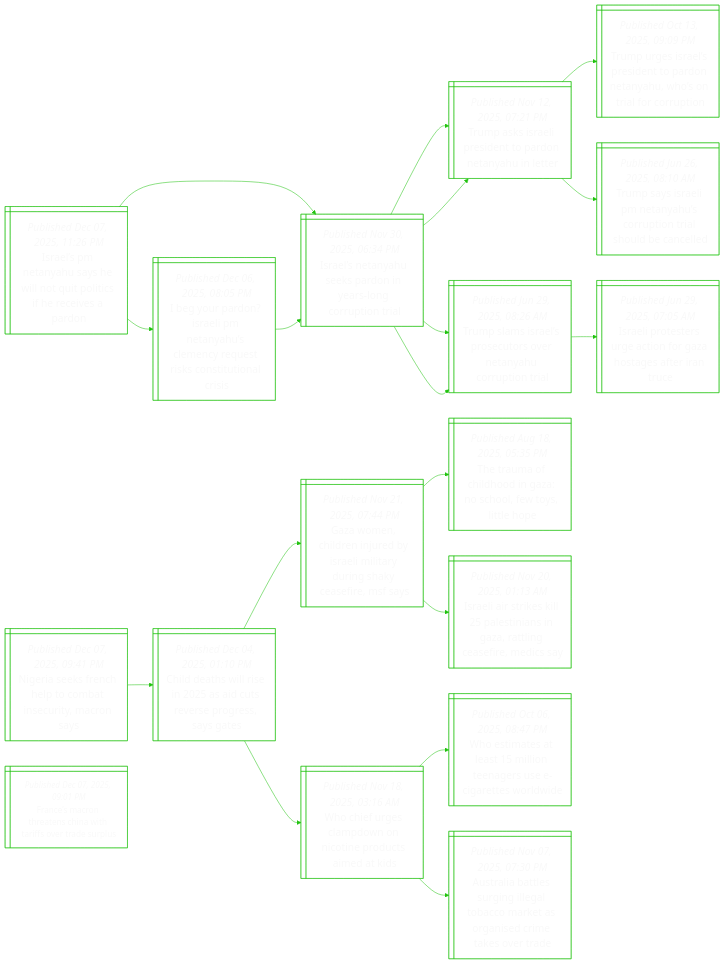
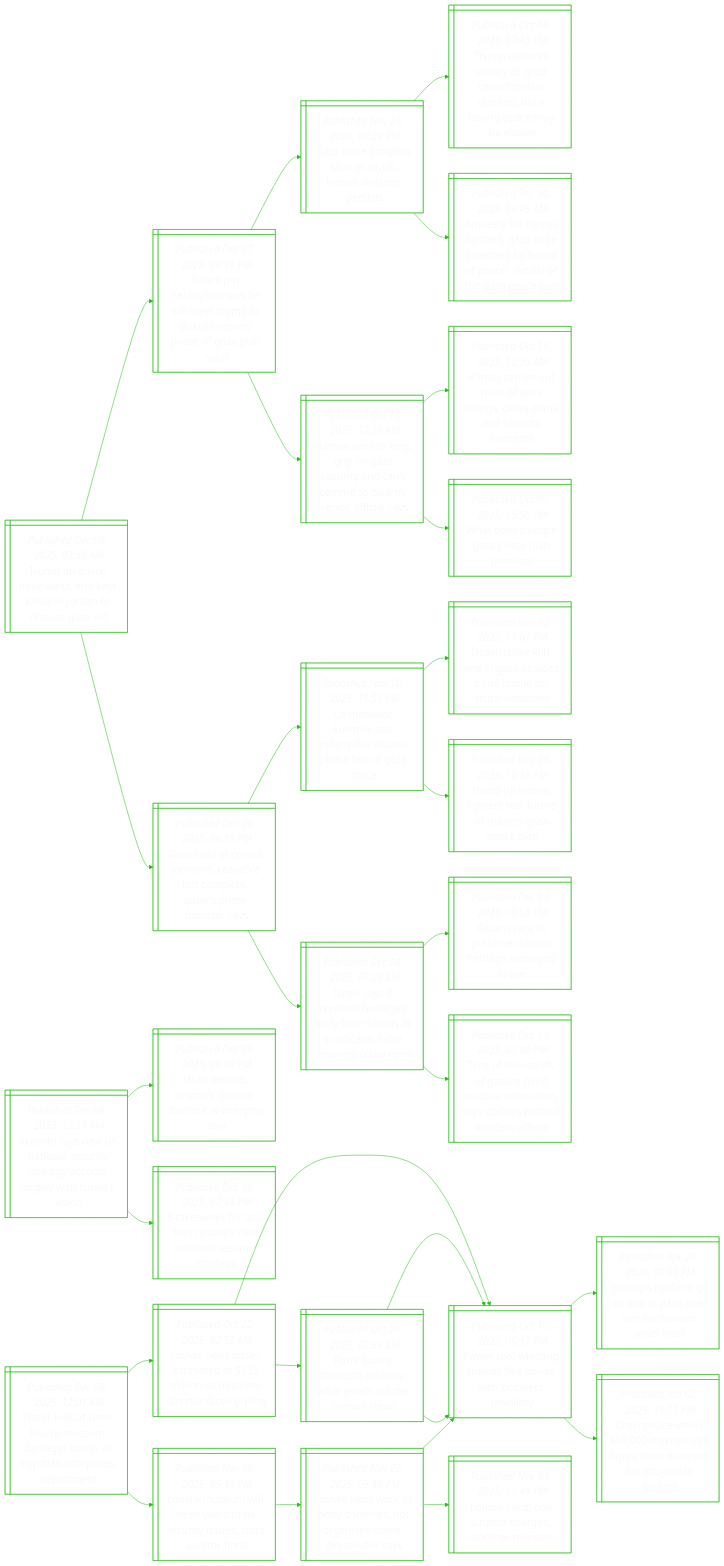
Before and after one commit to notJmes/notJmes: the diagram in README.md, drawn with Mermaid. The commit also changed other lines of this file, not shown here.

````diff
--- a/README.md
+++ b/README.md
@@ -16,67 +16,97 @@
 flowchart LR
 classDef txtsize font-size:20px;
 
-Ileayitpiheao@{ shape: win-pane, label: "_Published Dec 07, 2025, 11:26 PM_
-Israel’s pm netanyahu says he will not quit politics if he receives a pardon" }
-Ilausoeorii@{ shape: win-pane, label: "_Published Nov 30, 2025, 06:34 PM_
-Israel’s netanyahu seeks pardon in years-long corruption trial" }
-Tasiitdthe@{ shape: win-pane, label: "_Published Nov 12, 2025, 07:21 PM_
-Trump asks israeli president to pardon netanyahu in letter" }
-TuIlstreaororo@{ shape: win-pane, label: "_Published Oct 13, 2025, 09:09 PM_
-Trump urges israel’s president to pardon netanyahu, who’s on trial for corruption" }
-Tssithriioee@{ shape: win-pane, label: "_Published Jun 26, 2025, 08:10 AM_
-Trump says israeli pm netanyahu’s corruption trial should be cancelled" }
-TsIlsoeauunl@{ shape: win-pane, label: "_Published Jun 29, 2025, 08:26 AM_
-Trump slams israel’s prosecutors over netanyahu corruption trial" }
-IltreoGoeene@{ shape: win-pane, label: "_Published Jun 29, 2025, 07:05 AM_
-Israeli protesters urge action for gaza hostages after iran truce" }
-Iorsitheyesnuas@{ shape: win-pane, label: "_Published Dec 06, 2025, 08:05 PM_
-I beg your pardon? israeli pm netanyahu’s clemency request risks constitutional crisis" }
-Ilausoeorii@{ shape: win-pane, label: "_Published Nov 30, 2025, 06:34 PM_
-Israel’s netanyahu seeks pardon in years-long corruption trial" }
-Tasiitdthe@{ shape: win-pane, label: "_Published Nov 12, 2025, 07:21 PM_
-Trump asks israeli president to pardon netanyahu in letter" }
-TsIlsoeauunl@{ shape: win-pane, label: "_Published Jun 29, 2025, 08:26 AM_
-Trump slams israel’s prosecutors over netanyahu corruption trial" }
+TUoezalnaisa@{ shape: win-pane, label: "_Published Dec 08, 2025, 03:38 AM_
+Trump un envoy mike waltz, eu’s kaja kallas in jordan to discuss gaza aid" }
+Ileayiemisnsaan@{ shape: win-pane, label: "_Published Dec 07, 2025, 08:31 PM_
+Israeli pm netanyahu says he will meet trump to discuss second phase of gaza plan soon" }
+GrrswrHvnrs@{ shape: win-pane, label: "_Published Nov 24, 2025, 08:22 PM_
+Gaza truce progress slow as israeli-hamas violence persists" }
+Tdrcaaededlncbs@{ shape: win-pane, label: "_Published Oct 14, 2025, 07:45 PM_
+Trump declares victory as gaza ceasefire deal reached, but a lasting peace may be elusive" }
+AtHfezerydatoGel@{ shape: win-pane, label: "_Published Sep 30, 2025, 06:45 AM_
+Amnesty for hamas fighters, gaza to be governed by ‘board of peace’: details of the gaza peace plan" }
+Haognsidctseoiy@{ shape: win-pane, label: "_Published Oct 18, 2025, 12:36 AM_
+Hamas aims to keep grip on gaza security and can't commit to disarm, senior official says" }
+Hcewfkntrnucr@{ shape: win-pane, label: "_Published Oct 14, 2025, 12:30 AM_
+Hamas carries out wave of gaza killings, citing crime and security concerns" }
+Wouaaam@{ shape: win-pane, label: "_Published Oct 09, 2025, 05:50 PM_
+What does trump’s gaza peace plan promise?" }
+GatiocfopQsesa@{ shape: win-pane, label: "_Published Dec 06, 2025, 06:16 PM_
+Gaza talks at critical moment, ceasefire not complete, qatar’s prime minister says" }
+UiKeNyiseft@{ shape: win-pane, label: "_Published Nov 10, 2025, 11:55 PM_
+Us mediator kushner and netanyahu discuss phase two of gaza truce" }
+Ililezirlocln@{ shape: win-pane, label: "_Published Nov 02, 2025, 11:01 PM_
+Israeli strike kills one in gaza as sides trade blame for truce violations" }
+Huahtuomzcn@{ shape: win-pane, label: "_Published Nov 09, 2025, 10:16 PM_
+Holed-up hamas fighters test future of trump’s gaza peace plan" }
+Iliehgdmsiaarnln@{ shape: win-pane, label: "_Published Dec 04, 2025, 07:20 AM_
+Israel says it received hostage’s body from hamas as it indicates rafah crossing could open" }
+Gstscrregw@{ shape: win-pane, label: "_Published Dec 03, 2025, 10:55 PM_
+Gazans race to preserve cultural heritage damaged in war" }
+TfsoaeivtacWudfa@{ shape: win-pane, label: "_Published Dec 03, 2025, 03:40 PM_
+Tens of thousands of gazans need medical evacuation, says doctors without borders official" }
 
-Ileayitpiheao:::txtsize --> Ilausoeorii:::txtsize
-Ilausoeorii:::txtsize --> Tasiitdthe:::txtsize
-Tasiitdthe:::txtsize --> TuIlstreaororo:::txtsize
-Tasiitdthe:::txtsize --> Tssithriioee:::txtsize
-Ilausoeorii:::txtsize --> TsIlsoeauunl:::txtsize
-TsIlsoeauunl:::txtsize --> IltreoGoeene:::txtsize
-Ileayitpiheao:::txtsize --> Iorsitheyesnuas:::txtsize
-Iorsitheyesnuas:::txtsize --> Ilausoeorii:::txtsize
-Ilausoeorii:::txtsize --> Tasiitdthe:::txtsize
-Ilausoeorii:::txtsize --> TsIlsoeauunl:::txtsize
+TUoezalnaisa:::txtsize --> Ileayiemisnsaan:::txtsize
+Ileayiemisnsaan:::txtsize --> GrrswrHvnrs:::txtsize
+GrrswrHvnrs:::txtsize --> Tdrcaaededlncbs:::txtsize
+GrrswrHvnrs:::txtsize --> AtHfezerydatoGel:::txtsize
+Ileayiemisnsaan:::txtsize --> Haognsidctseoiy:::txtsize
+Haognsidctseoiy:::txtsize --> Hcewfkntrnucr:::txtsize
+Haognsidctseoiy:::txtsize --> Wouaaam:::txtsize
+TUoezalnaisa:::txtsize --> GatiocfopQsesa:::txtsize
+GatiocfopQsesa:::txtsize --> UiKeNyiseft:::txtsize
+UiKeNyiseft:::txtsize --> Ililezirlocln:::txtsize
+UiKeNyiseft:::txtsize --> Huahtuomzcn:::txtsize
+GatiocfopQsesa:::txtsize --> Iliehgdmsiaarnln:::txtsize
+Iliehgdmsiaarnln:::txtsize --> Gstscrregw:::txtsize
+Iliehgdmsiaarnln:::txtsize --> TfsoaeivtacWudfa:::txtsize
 
-NiknloiuMn@{ shape: win-pane, label: "_Published Dec 07, 2025, 09:41 PM_
-Nigeria seeks french help to combat insecurity, macron says" }
-Cdsrndrsgsa@{ shape: win-pane, label: "_Published Dec 04, 2025, 01:10 PM_
-Child deaths will rise in 2025 as aid cuts reverse progress, says gates" }
-Goheuyelynksea@{ shape: win-pane, label: "_Published Nov 21, 2025, 07:44 PM_
-Gaza women, children injured by israeli military during shaky ceasefire, msf says" }
-Tafdiahesle@{ shape: win-pane, label: "_Published Aug 18, 2025, 05:35 PM_
-The trauma of childhood in gaza: no school, few toys, little hope" }
-IlselsaGansec@{ shape: win-pane, label: "_Published Nov 20, 2025, 01:13 AM_
-Israeli air strikes kill 25 palestinians in gaza, rattling ceasefire, medics say" }
-Wigawindaas@{ shape: win-pane, label: "_Published Nov 18, 2025, 03:16 AM_
-Who chief urges clampdown on nicotine products aimed at kids" }
-Wteeinauitoi@{ shape: win-pane, label: "_Published Oct 06, 2025, 08:47 PM_
-Who estimates at least 15 million teenagers use e-cigarettes worldwide" }
-Aaasiltckoirava@{ shape: win-pane, label: "_Published Nov 07, 2025, 07:30 PM_
-Australia battles surging illegal tobacco market as organised crime takes over trade" }
+KisSoetaadgisvn@{ shape: win-pane, label: "_Published Dec 08, 2025, 12:31 AM_
+Kremlin says new us national security strategy accords largely with russia’s vision" }
+Ueeprcerg@{ shape: win-pane, label: "_Published Dec 05, 2025, 06:00 PM_
+Us in decline; trump’s ‘donroe doctrine’ is worrying asia" }
+twoaTsaause@{ shape: win-pane, label: "_Published Dec 06, 2025, 07:14 PM_
+5 takeaways for asia from trump’s new national security strategy" }
 
-NiknloiuMn:::txtsize --> Cdsrndrsgsa:::txtsize
-Cdsrndrsgsa:::txtsize --> Goheuyelynksea:::txtsize
-Goheuyelynksea:::txtsize --> Tafdiahesle:::txtsize
-Goheuyelynksea:::txtsize --> IlselsaGansec:::txtsize
-Cdsrndrsgsa:::txtsize --> Wigawindaas:::txtsize
-Wigawindaas:::txtsize --> Wteeinauitoi:::txtsize
-Wigawindaas:::txtsize --> Aaasiltckoirava:::txtsize
+KisSoetaadgisvn:::txtsize --> Ueeprcerg:::txtsize
+KisSoetaadgisvn:::txtsize --> twoaTsaause:::txtsize
 
-Ferrnnhfedp@{ shape: win-pane, label: "_Published Dec 07, 2025, 09:01 PM_
-France’s macron threatens china with tariffs over trade surplus" }
+Wltsrembapausrt@{ shape: win-pane, label: "_Published Dec 08, 2025, 12:01 AM_
+Water leak at paris louvre museum damages books at egyptian antiquities department" }
+Leteidlaerrsl@{ shape: win-pane, label: "_Published Oct 22, 2025, 02:52 AM_
+Louvre heist losses estimated at $133 million as museum director faces grilling" }
+Ptineluiisey@{ shape: win-pane, label: "_Published Oct 19, 2025, 05:51 PM_
+Power tool-wielding thieves flee louvre with ‘priceless’ jewellery" }
+GpboiPoidaes@{ shape: win-pane, label: "_Published Apr 28, 2025, 01:06 PM_
+‘grandpa robbers’ go on trial in paris over kim kardashian jewel heist" }
+Gpssofemmnsrt@{ shape: win-pane, label: "_Published Jun 02, 2025, 11:15 PM_
+Greenpeace steals $59,000 macron wax figure from museum for anti-russia protest" }
+PLeubhwitea@{ shape: win-pane, label: "_Published Oct 20, 2025, 02:36 AM_
+Paris’ louvre museum robbery: what jewels did the thieves steal?" }
+Ptineluiisey@{ shape: win-pane, label: "_Published Oct 19, 2025, 05:51 PM_
+Power tool-wielding thieves flee louvre with ‘priceless’ jewellery" }
+Ptineluiisey@{ shape: win-pane, label: "_Published Oct 19, 2025, 05:51 PM_
+Power tool-wielding thieves flee louvre with ‘priceless’ jewellery" }
+Leulytsisturs@{ shape: win-pane, label: "_Published Nov 06, 2025, 05:30 PM_
+Louvre museum will need years to fix security issues, state auditor finds" }
+Letotmsrsioty@{ shape: win-pane, label: "_Published Nov 02, 2025, 09:46 PM_
+Louvre heist work of petty criminals, not organised crime, prosecutor says" }
+Ptineluiisey@{ shape: win-pane, label: "_Published Oct 19, 2025, 05:51 PM_
+Power tool-wielding thieves flee louvre with ‘priceless’ jewellery" }
+Letutgors@{ shape: win-pane, label: "_Published Nov 01, 2025, 10:49 PM_
+Louvre heist: one suspect charged, another released" }
 
+Wltsrembapausrt:::txtsize --> Leteidlaerrsl:::txtsize
+Leteidlaerrsl:::txtsize --> Ptineluiisey:::txtsize
+Ptineluiisey:::txtsize --> GpboiPoidaes:::txtsize
+Ptineluiisey:::txtsize --> Gpssofemmnsrt:::txtsize
+Leteidlaerrsl:::txtsize --> PLeubhwitea:::txtsize
+PLeubhwitea:::txtsize --> Ptineluiisey:::txtsize
+PLeubhwitea:::txtsize --> Ptineluiisey:::txtsize
+Wltsrembapausrt:::txtsize --> Leulytsisturs:::txtsize
+Leulytsisturs:::txtsize --> Letotmsrsioty:::txtsize
+Letotmsrsioty:::txtsize --> Ptineluiisey:::txtsize
+Letotmsrsioty:::txtsize --> Letutgors:::txtsize
 
 ```
````
